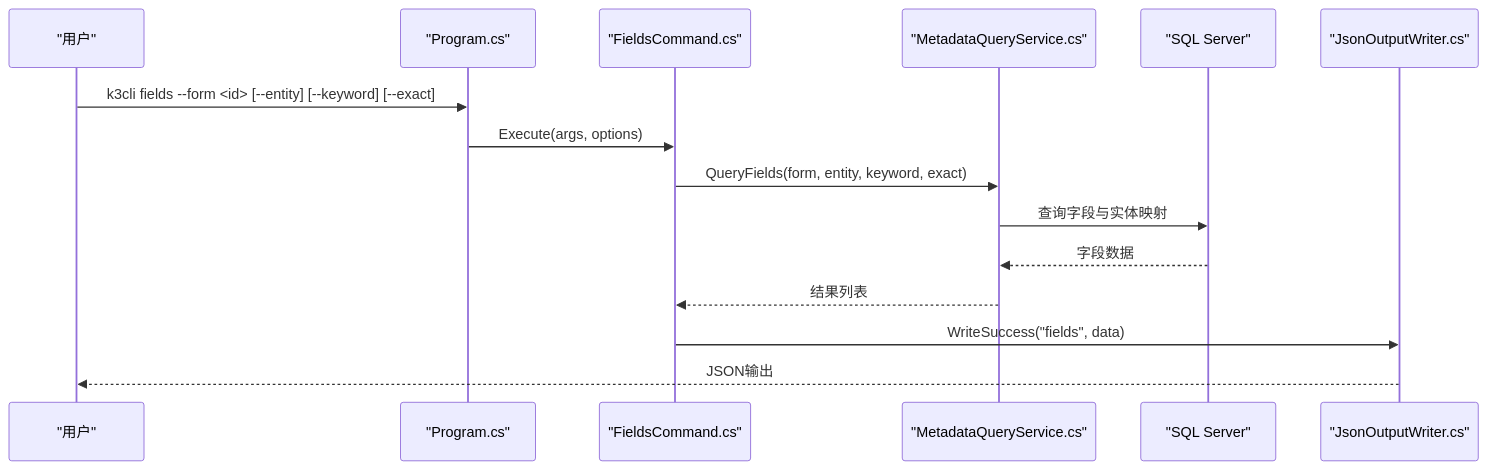
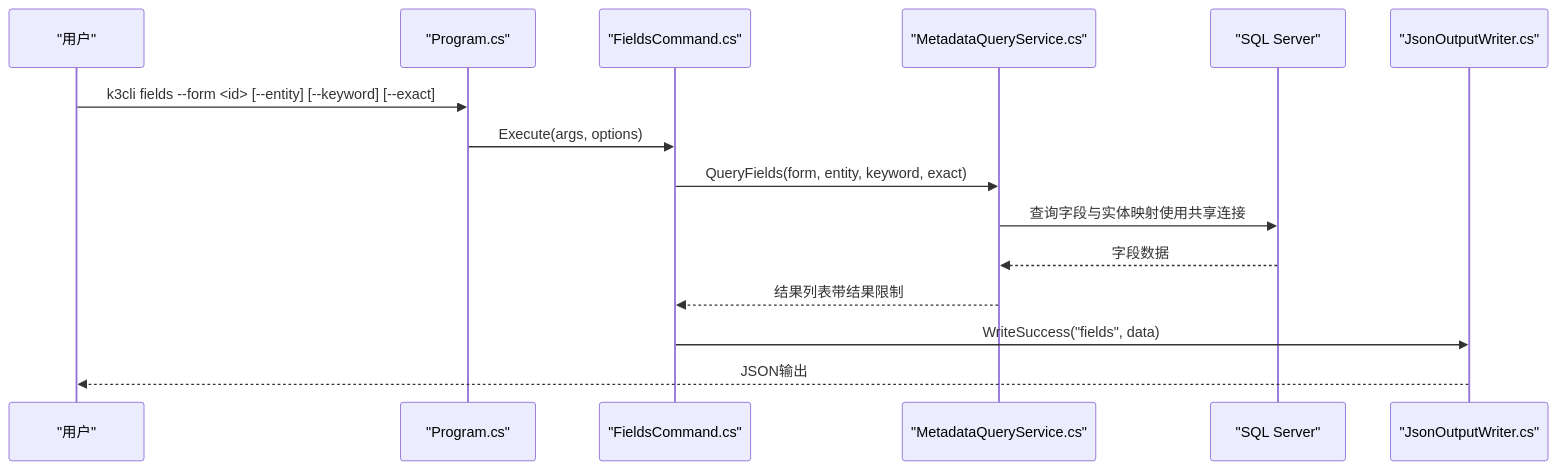
Before and after one commit to 15980282969/K3CloudDataDictionary: the third of 7 diagrams in .qoder/repowiki/zh/content/命令行工具/使用示例与最佳实践.md, drawn with Mermaid. The commit also changed other lines of this file and 1 other file, not shown here.

````diff
--- a/.qoder/repowiki/zh/content/命令行工具/使用示例与最佳实践.md
+++ b/.qoder/repowiki/zh/content/命令行工具/使用示例与最佳实践.md
@@ -124,17 +160,17 @@
 ```mermaid
 sequenceDiagram
 participant U as "用户"
 participant P as "Program.cs"
 participant FC as "FieldsCommand.cs"
 participant S as "MetadataQueryService.cs"
 participant DB as "SQL Server"
 participant OUT as "JsonOutputWriter.cs"
 U->>P : k3cli fields --form <id> [--entity] [--keyword] [--exact]
 P->>FC : Execute(args, options)
 FC->>S : QueryFields(form, entity, keyword, exact)
-S->>DB : 查询字段与实体映射
+S->>DB : 查询字段与实体映射使用共享连接
 DB-->>S : 字段数据
-S-->>FC : 结果列表
+S-->>FC : 结果列表带结果限制
 FC->>OUT : WriteSuccess("fields", data)
 OUT-->>U : JSON输出
 ```
````
